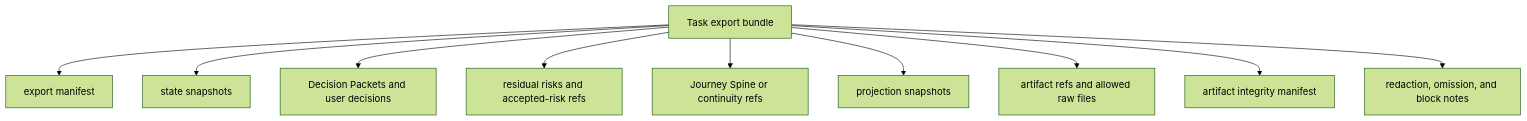
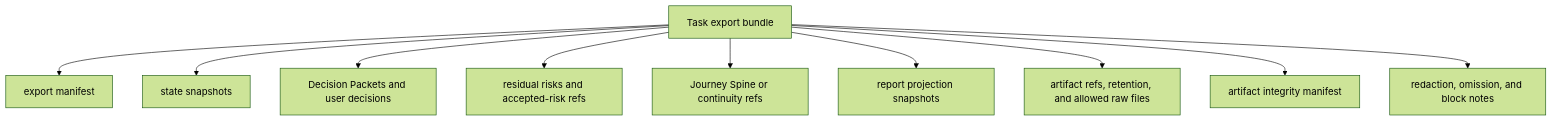
One commit to minjungw00/Harness_Project changed the tenth of 14 diagrams in docs/en/reference/operations-and-conformance.md. Above: the diagram before and after it, drawn with Mermaid (forest theme). The commit also changed other lines of this file and 9 other files, not shown here.

````diff
--- a/docs/en/reference/operations-and-conformance.md
+++ b/docs/en/reference/operations-and-conformance.md
@@ -543,12 +553,12 @@
 ```mermaid
 flowchart TD
   Export["Task export bundle"] --> Manifest["export manifest"]
   Export --> State["state snapshots"]
   Export --> Decisions["Decision Packets and user decisions"]
   Export --> Risks["residual risks and accepted-risk refs"]
   Export --> Journey["Journey Spine or continuity refs"]
-  Export --> Projections["projection snapshots"]
-  Export --> Artifacts["artifact refs and allowed raw files"]
+  Export --> Projections["report projection snapshots"]
+  Export --> Artifacts["artifact refs, retention, and allowed raw files"]
   Export --> Integrity["artifact integrity manifest"]
   Export --> Redaction["redaction, omission, and block notes"]
 ```
````
